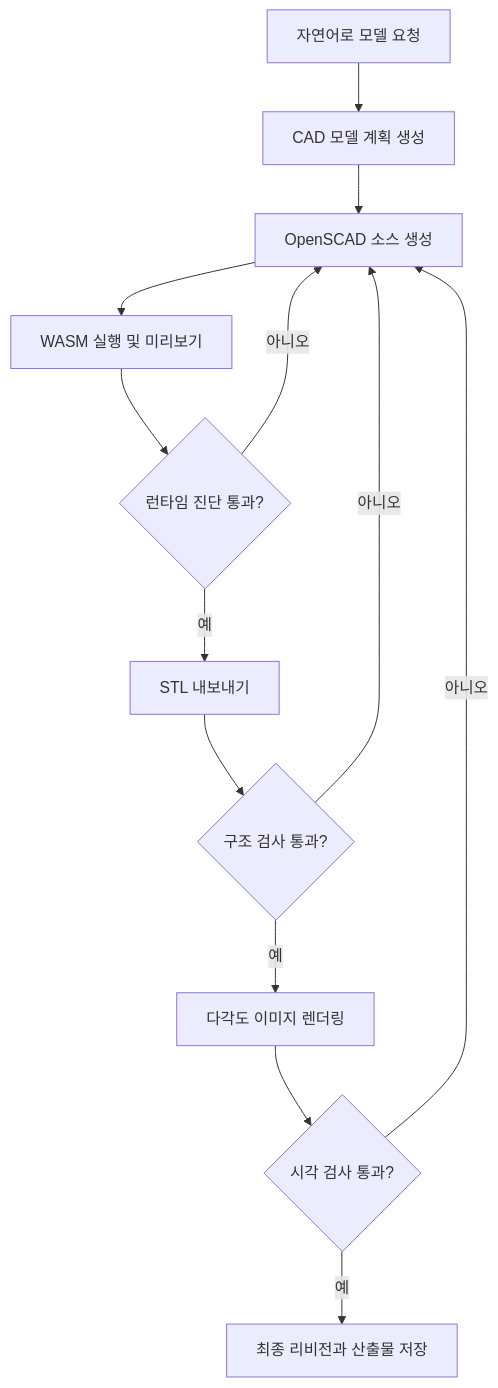
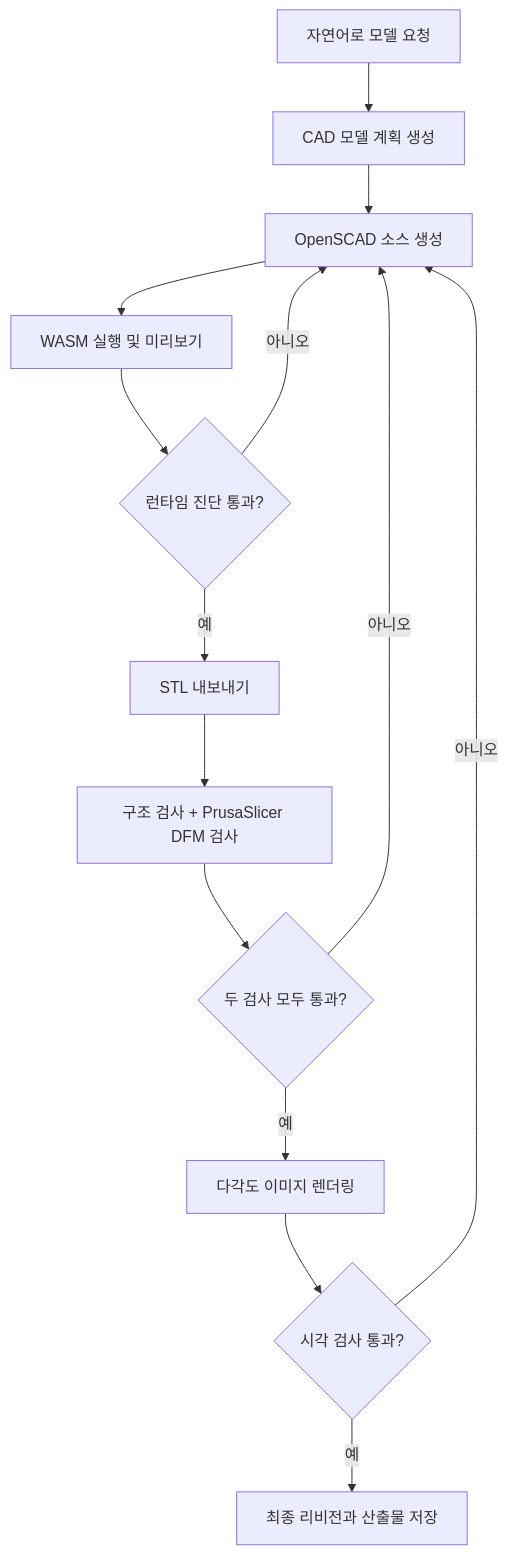
One commit to PNU-2026-AI-Hackathon/pnuai-c-04-individualstartup changed the second of 2 diagrams in README.md. Above: the diagram before and after it, drawn with Mermaid. The commit also changed other lines of this file and 1 other file, not shown here.

Commit message:
docs(dfm): document validation workflow

````diff
--- a/README.md
+++ b/README.md
@@ -91,15 +94,16 @@
 ```mermaid
 flowchart TD
     A[자연어로 모델 요청] --> B[CAD 모델 계획 생성]
     B --> C[OpenSCAD 소스 생성]
     C --> D[WASM 실행 및 미리보기]
     D --> E{런타임 진단 통과?}
     E -- 아니오 --> C
     E -- 예 --> F[STL 내보내기]
-    F --> G{구조 검사 통과?}
-    G -- 아니오 --> C
-    G -- 예 --> H[다각도 이미지 렌더링]
-    H --> I{시각 검사 통과?}
-    I -- 아니오 --> C
-    I -- 예 --> J[최종 리비전과 산출물 저장]
+    F --> G[구조 검사 + PrusaSlicer DFM 검사]
+    G --> H{두 검사 모두 통과?}
+    H -- 아니오 --> C
+    H -- 예 --> I[다각도 이미지 렌더링]
+    I --> J{시각 검사 통과?}
+    J -- 아니오 --> C
+    J -- 예 --> K[최종 리비전과 산출물 저장]
 ```
````
